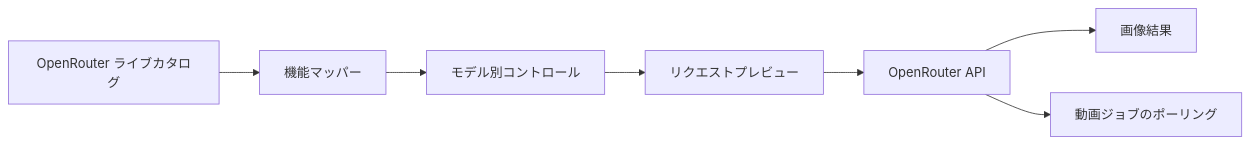
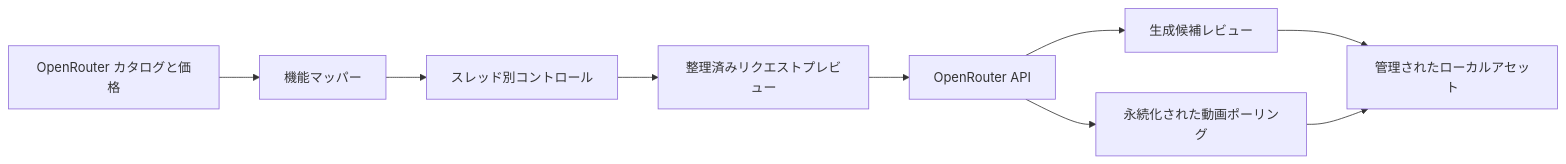
Before and after one commit to jbaehova/fruit-truck: the diagram in docs/i18n/README.ja.md, drawn with Mermaid. The commit also changed other lines of this file and 48 other files, not shown here.

````diff
--- a/docs/i18n/README.ja.md
+++ b/docs/i18n/README.ja.md
@@ -55,9 +63,11 @@
 ```mermaid
 flowchart LR
-    A[OpenRouter ライブカタログ] --> B[機能マッパー]
-    B --> C[モデル別コントロール]
-    C --> D[リクエストプレビュー]
+    A[OpenRouter カタログと価格] --> B[機能マッパー]
+    B --> C[スレッド別コントロール]
+    C --> D[整理済みリクエストプレビュー]
     D --> E[OpenRouter API]
-    E --> F[画像結果]
-    E --> G[動画ジョブのポーリング]
+    E --> F[生成候補レビュー]
+    E --> G[永続化された動画ポーリング]
+    F --> H[管理されたローカルアセット]
+    G --> H
 ```
````
